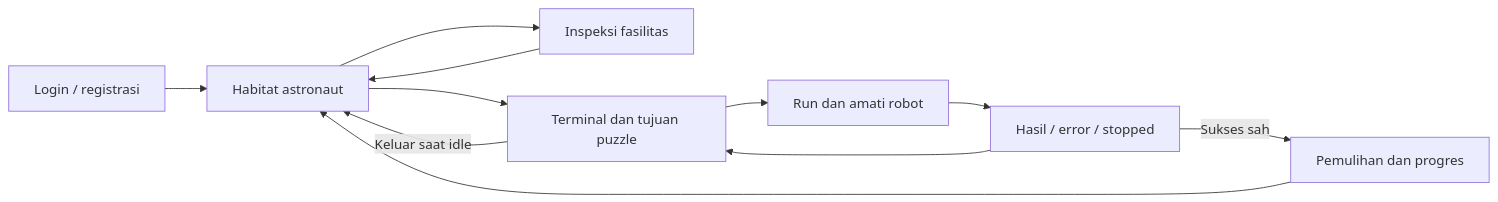
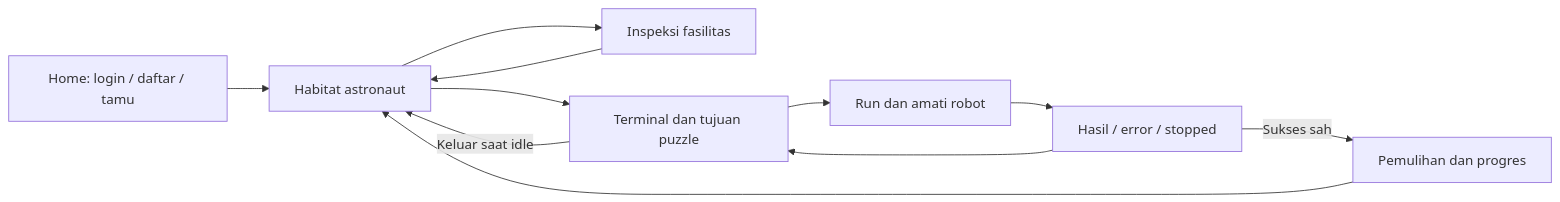
One commit to BDIEL15/FinalProjectOOP_Kelompok6 changed the diagram in DESIGN.md. Above: the diagram before and after it, drawn with Mermaid. The commit also changed other lines of this file and 41 other files, not shown here.

````diff
--- a/DESIGN.md
+++ b/DESIGN.md
@@ -13,13 +13,13 @@
 ```mermaid
 flowchart LR
-    A[Login / registrasi] --> H[Habitat astronaut]
+    A[Home: login / daftar / tamu] --> H[Habitat astronaut]
     H --> I[Inspeksi fasilitas]
     I --> H
     H --> T[Terminal dan tujuan puzzle]
     T --> R[Run dan amati robot]
     R --> F[Hasil / error / stopped]
     F --> T
     F -->|Sukses sah| P[Pemulihan dan progres]
     P --> H
     T -->|Keluar saat idle| H
 ```
````
